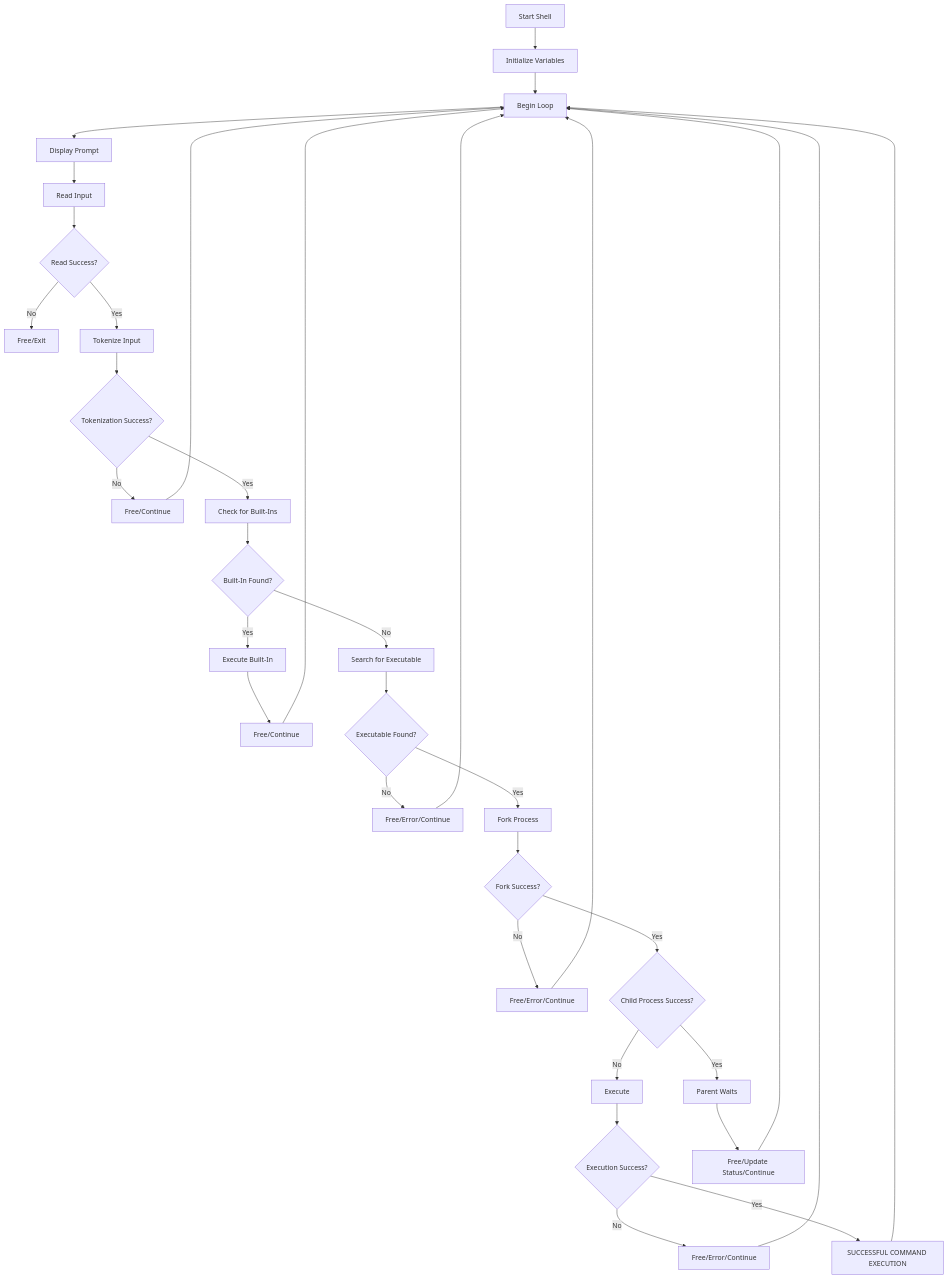
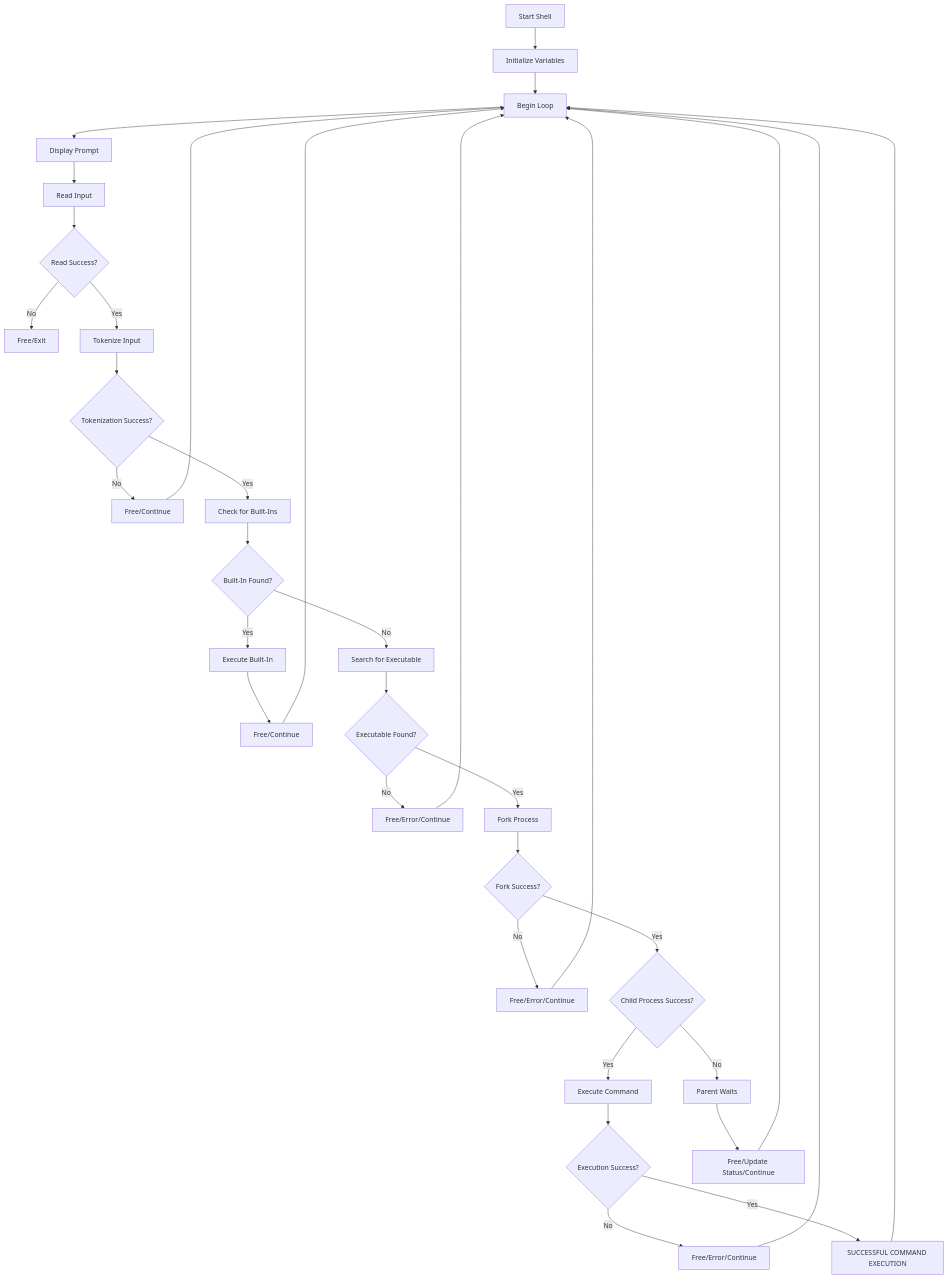
One commit to seer9/atlas-simple_shell changed the diagram in README.md. Above: the diagram before and after it, drawn with Mermaid.

````diff
--- a/README.md
+++ b/README.md
@@ -20,36 +20,36 @@
 ```mermaid
 flowchart TB
 	A[Start Shell] --> B[Initialize Variables]
 	B --> C[Begin Loop]
 	C --> D[Display Prompt]
 	D --> E[Read Input]
 	E --> F{Read Success?}
 	F -- No --> G[Free/Exit]
 	F -- Yes --> H[Tokenize Input]
 	H --> I{Tokenization Success?}
 	I -- No --> J[Free/Continue]
 	I -- Yes --> K[Check for Built-Ins]
 	K --> L{Built-In Found?}
 	L -- Yes --> M[Execute Built-In]
 	M --> N[Free/Continue]
 	L -- No --> O[Search for Executable]
 	O --> P{Executable Found?}
 	P -- No --> Q[Free/Error/Continue]
 	P -- Yes --> R[Fork Process]
 	R --> S{Fork Success?}
 	S -- No --> T[Free/Error/Continue]
 	S -- Yes --> U{Child Process Success?}
-	U -- Yes --> Z[Parent Waits]
+	U -- Yes --> V[Execute Command]
 	V --> W{Execution Success?}
 	W -- No --> X[Free/Error/Continue]
 	W -- Yes --> Y[SUCCESSFUL COMMAND EXECUTION]
-	U -- No --> V[Execute]
+	U -- No --> Z[Parent Waits]
 	Z --> AA[Free/Update Status/Continue]
 	AA --> C
 	J --> C
 	N --> C
 	Q --> C
 	T --> C
 	X --> C
 	Y --> C
 ```
````
